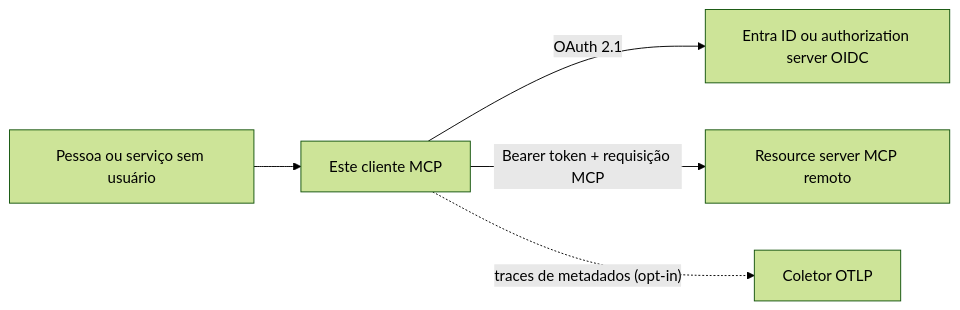
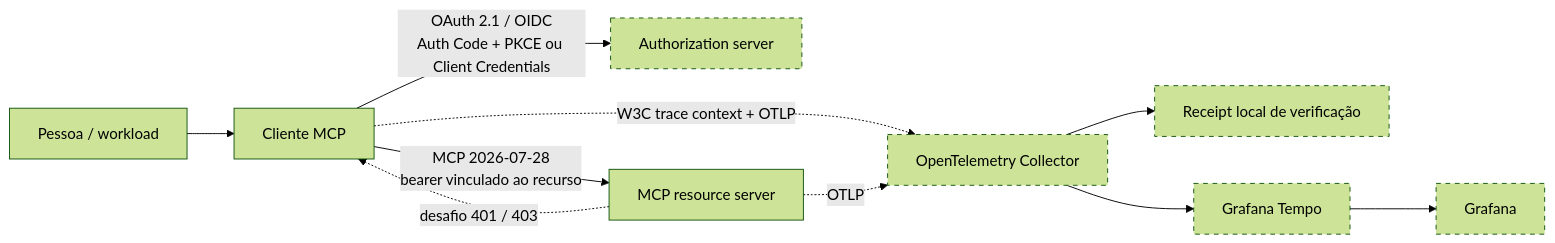
One commit to brunovicco/mcp-client-auth-template changed the diagram in README.pt-BR.md. Above: the diagram before and after it, drawn with Mermaid (forest theme). The commit also changed other lines of this file and 41 other files, not shown here.

````diff
--- a/README.pt-BR.md
+++ b/README.pt-BR.md
@@ -56,7 +40,16 @@
 ```mermaid
 flowchart LR
-    Actor["Pessoa ou serviço sem usuário"] --> Client["Este cliente MCP"]
-    Client -->|"OAuth 2.1"| AS["Entra ID ou authorization server OIDC"]
-    Client -->|"Bearer token + requisição MCP"| Server["Resource server MCP remoto"]
-    Client -.->|"traces de metadados (opt-in)"| OTLP["Coletor OTLP"]
+    User["Pessoa / workload"] --> Client["Cliente MCP"]
+    Client -->|"OAuth 2.1 / OIDC<br/>Auth Code + PKCE ou Client Credentials"| AS["Authorization server"]
+    Client -->|"MCP 2026-07-28<br/>bearer vinculado ao recurso"| Server["MCP resource server"]
+    Server -.->|"desafio 401 / 403"| Client
+
+    Client -.->|"W3C trace context + OTLP"| Collector["OpenTelemetry Collector"]
+    Server -.->|"OTLP"| Collector
+    Collector --> Receipt["Receipt local de verificação"]
+    Collector --> Tempo["Grafana Tempo"]
+    Tempo --> Grafana["Grafana"]
+
+    classDef demo stroke-dasharray: 5 5;
+    class AS,Collector,Receipt,Tempo,Grafana demo;
 ```
````
